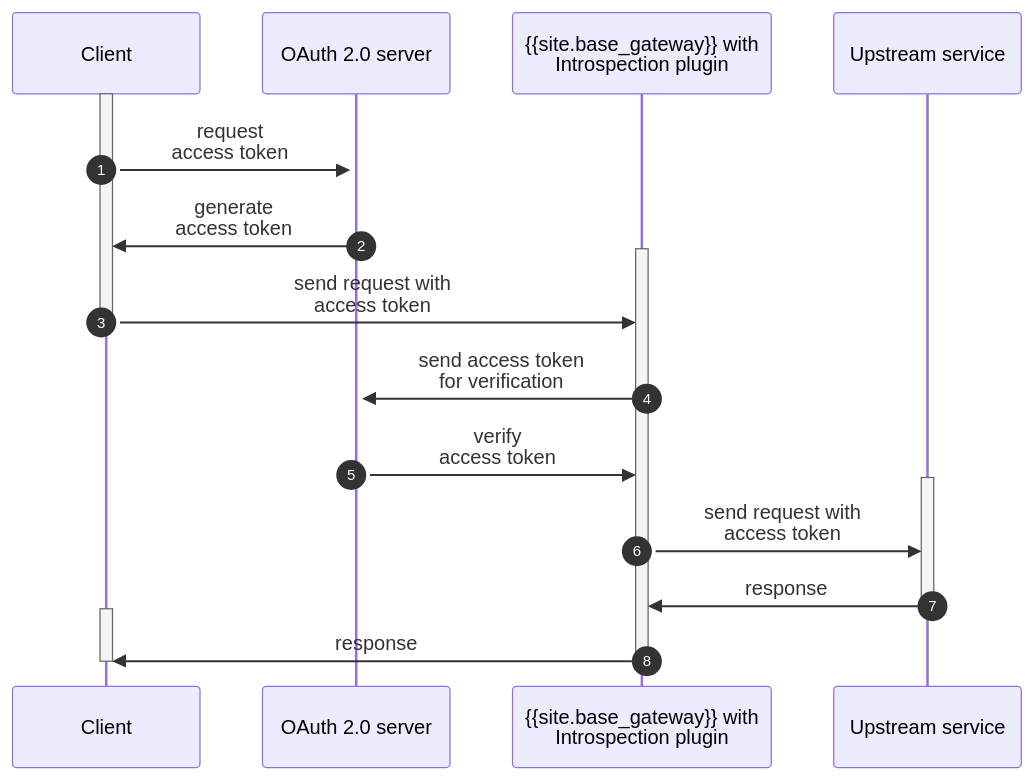
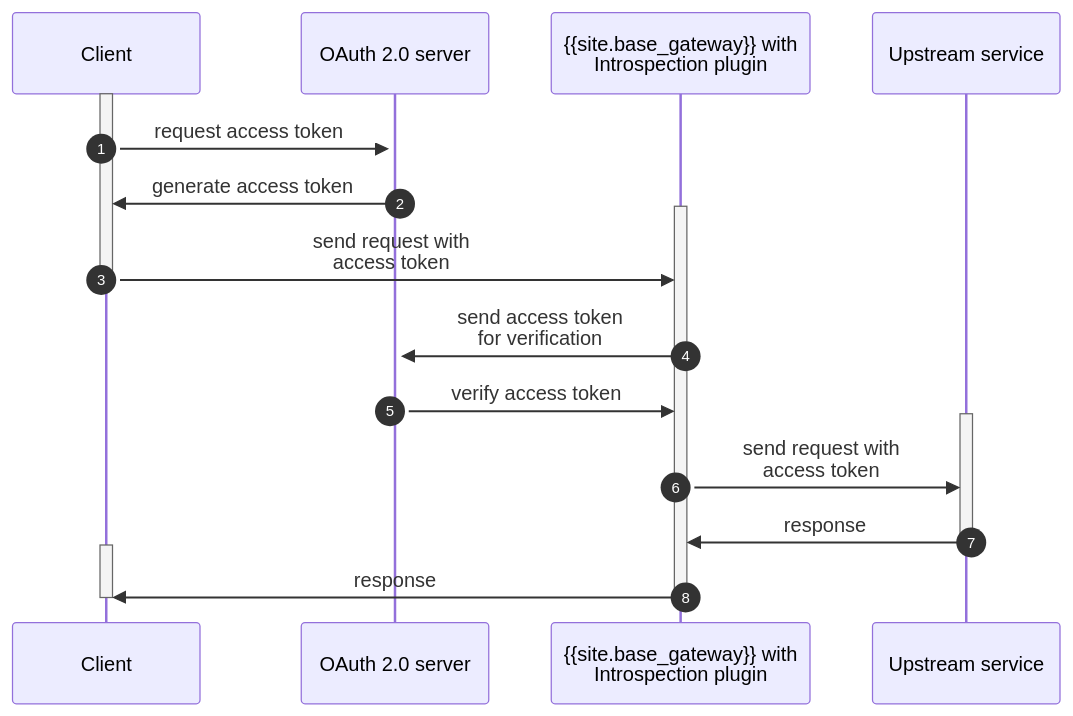
The diagram in app/_kong_plugins/oauth2-introspection/index.md (Kong/developer.konghq.com), drawn with Mermaid before and after one commit.

Commit message:
remove some of the linebreaks in the diagram

```diff
--- a/app/_kong_plugins/oauth2-introspection/index.md
+++ b/app/_kong_plugins/oauth2-introspection/index.md
@@ -53,25 +53,25 @@
 {% mermaid %}
 sequenceDiagram
     autonumber
     participant client as Client
     participant oauth as OAuth 2.0 server
     participant kong as {{site.base_gateway}} with <br> Introspection plugin
     participant upstream as Upstream service
     activate client
     activate oauth
-    client->>oauth: request <br>access token
-    oauth->>client: generate <br> access token
+    client->>oauth: request access token
+    oauth->>client: generate access token
     activate kong
     client->>kong: send request with<br>access token
     deactivate client
     kong->>oauth: send access token <br>for verification
-    oauth->>kong: verify <br> access token
+    oauth->>kong: verify access token
     activate upstream
     kong->>upstream: send request with<br>access token
     upstream->>kong: response
     deactivate upstream
     activate client
     kong->>client: response
     deactivate kong
     deactivate client
 {% endmermaid %}
```
